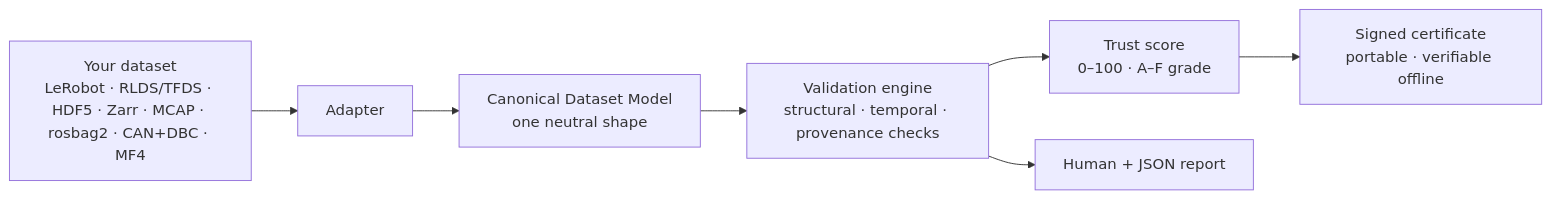
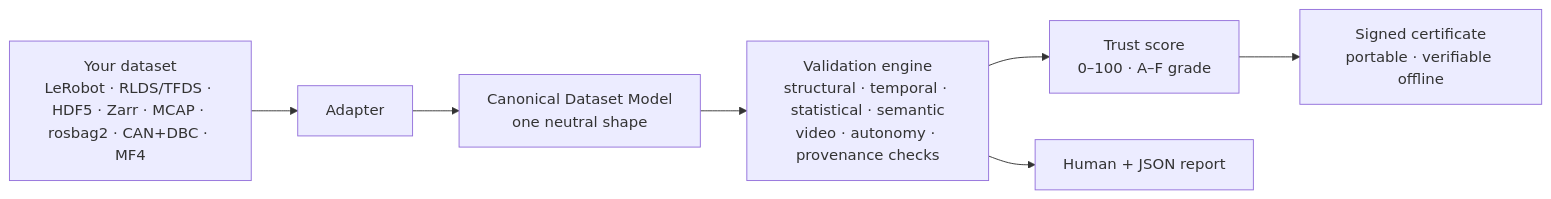
Before and after one commit to clay-good/veridex: the first of 2 diagrams in README.md, drawn with Mermaid. The commit also changed other lines of this file and 3 other files, not shown here.

First line of the commit message:
docs(readme): the engine diagram named three of seven check families

````diff
--- a/README.md
+++ b/README.md
@@ -81,9 +81,9 @@
 ```mermaid
 flowchart LR
     A[Your dataset<br/>LeRobot · RLDS/TFDS · HDF5 · Zarr · MCAP · rosbag2 · CAN+DBC · MF4] --> B[Adapter]
     B --> C[Canonical Dataset Model<br/>one neutral shape]
-    C --> D[Validation engine<br/>structural · temporal · provenance checks]
+    C --> D[Validation engine<br/>structural · temporal · statistical · semantic<br/>video · autonomy · provenance checks]
     D --> E[Trust score<br/>0–100 · A–F grade]
     E --> F[Signed certificate<br/>portable · verifiable offline]
     D --> G[Human + JSON report]
 ```
````
